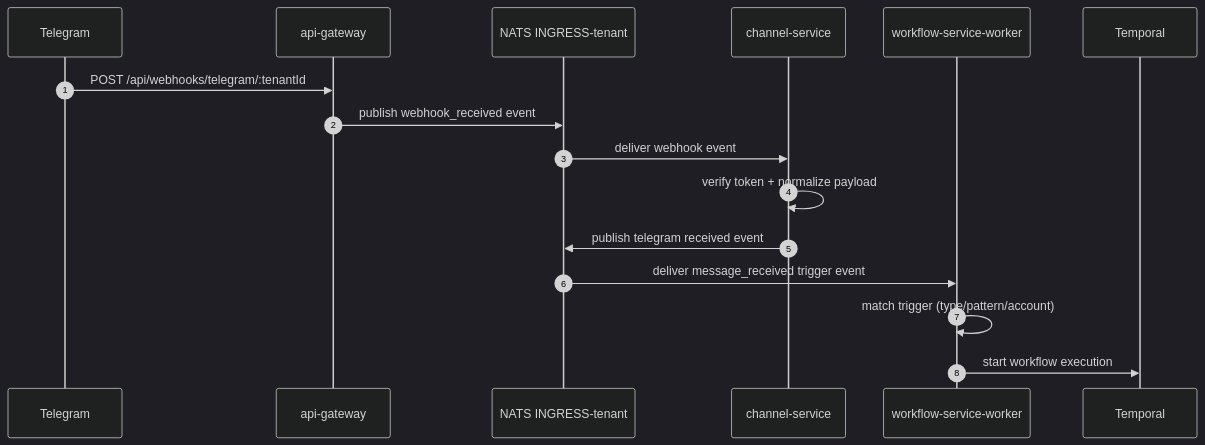
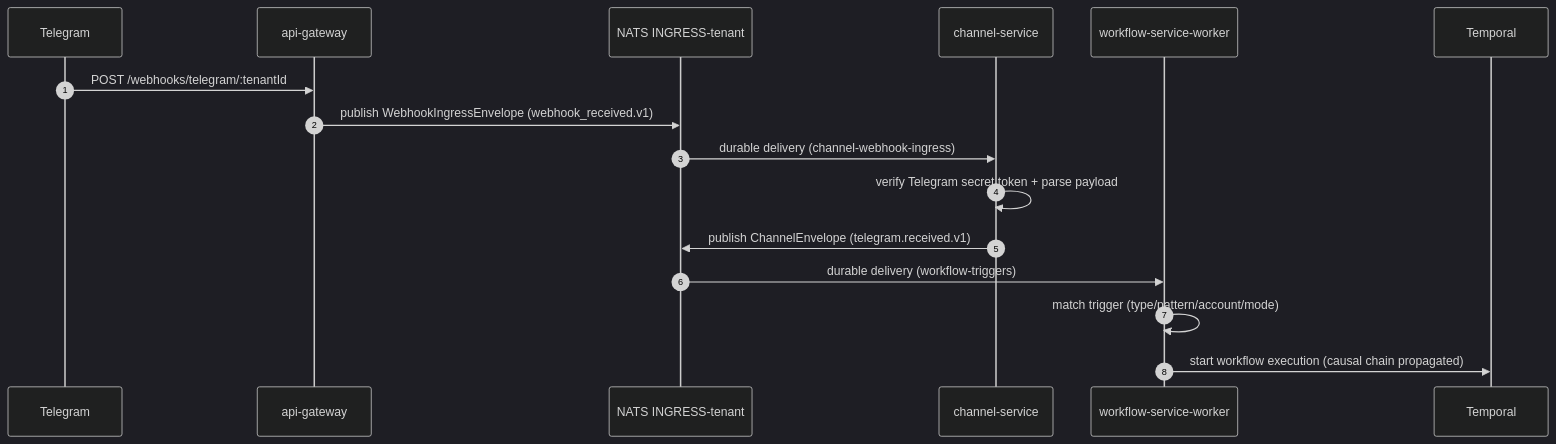
The second of 4 diagrams in DOCS/08-WORKFLOW-TELEGRAM-SEQUENCE.md (ccarnero/colloqui), drawn with Mermaid (dark theme) before and after one commit. The commit also changed other lines of this file and 857 other files, not shown here.

````diff
--- a/DOCS/08-WORKFLOW-TELEGRAM-SEQUENCE.md
+++ b/DOCS/08-WORKFLOW-TELEGRAM-SEQUENCE.md
@@ -32,19 +41,19 @@
 ```mermaid
 sequenceDiagram
     autonumber
     participant TG as Telegram
     participant GW as api-gateway
     participant NATS as NATS INGRESS-tenant
     participant CH as channel-service
     participant WFT as workflow-service-worker
     participant TEMP as Temporal
 
-    TG->>GW: POST /api/webhooks/telegram/:tenantId
-    GW->>NATS: publish webhook_received event
-    NATS->>CH: deliver webhook event
-    CH->>CH: verify token + normalize payload
-    CH->>NATS: publish telegram received event
-    NATS->>WFT: deliver message_received trigger event
-    WFT->>WFT: match trigger (type/pattern/account)
-    WFT->>TEMP: start workflow execution
+    TG->>GW: POST /webhooks/telegram/:tenantId
+    GW->>NATS: publish WebhookIngressEnvelope (webhook_received.v1)
+    NATS->>CH: durable delivery (channel-webhook-ingress)
+    CH->>CH: verify Telegram secret token + parse payload
+    CH->>NATS: publish ChannelEnvelope (telegram.received.v1)
+    NATS->>WFT: durable delivery (workflow-triggers)
+    WFT->>WFT: match trigger (type/pattern/account/mode)
+    WFT->>TEMP: start workflow execution (causal chain propagated)
 ```
````
